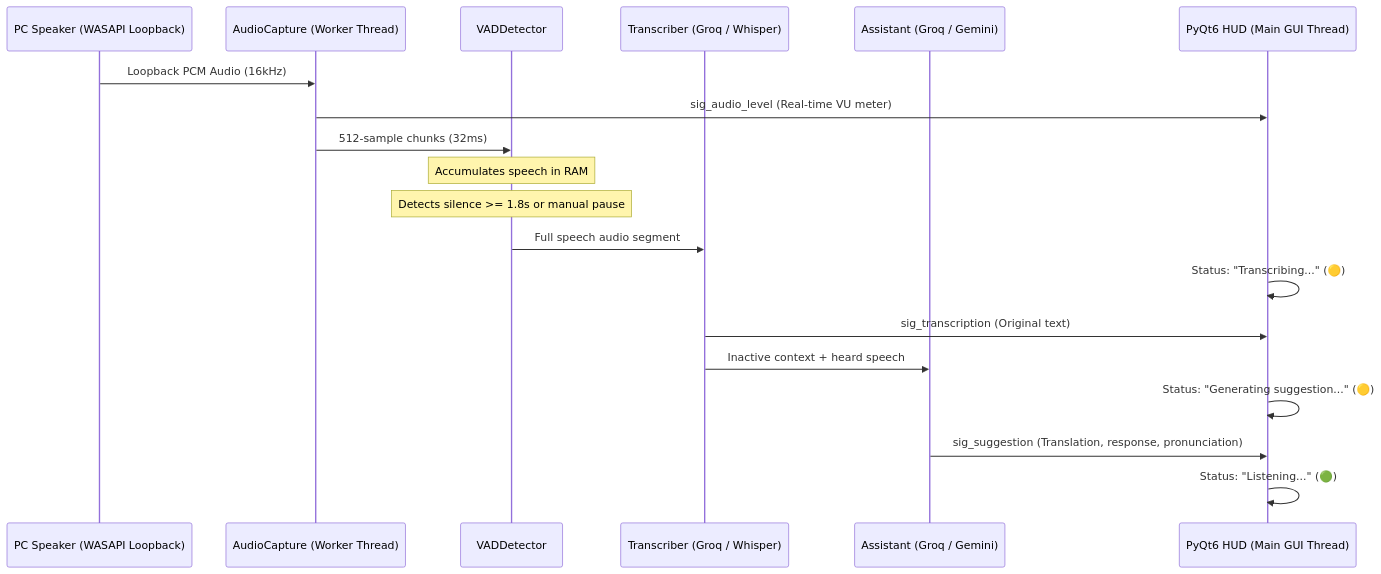
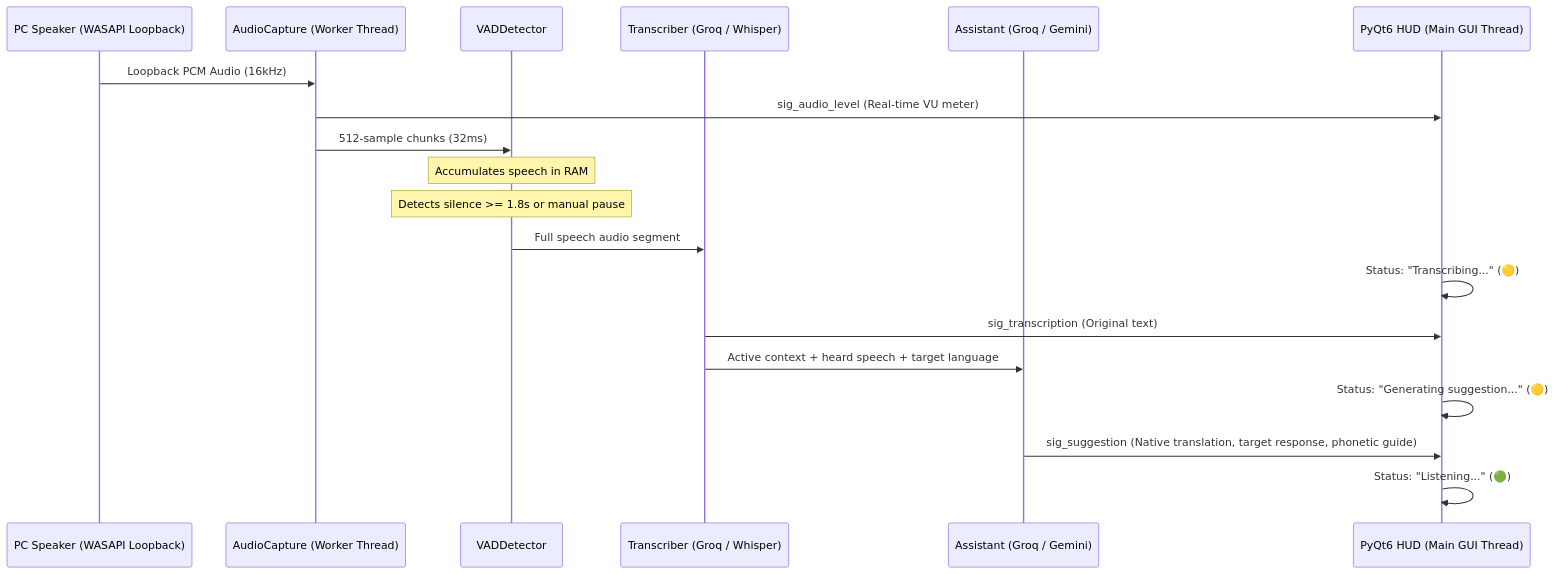
The diagram in README.md (Merc4x/LiveCopilot), drawn with Mermaid before and after one commit. The commit also changed other lines of this file and 5 other files, not shown here.

Commit message:
feat: add multilingual support with native language and live HUD response language switcher

````diff
--- a/README.md
+++ b/README.md
@@ -45,22 +47,22 @@
 ```mermaid
 sequenceDiagram
     participant Spk as PC Speaker (WASAPI Loopback)
     participant Cap as AudioCapture (Worker Thread)
     participant VAD as VADDetector
     participant STT as Transcriber (Groq / Whisper)
     participant LLM as Assistant (Groq / Gemini)
     participant UI as PyQt6 HUD (Main GUI Thread)
 
     Spk->>Cap: Loopback PCM Audio (16kHz)
     Cap->>UI: sig_audio_level (Real-time VU meter)
     Cap->>VAD: 512-sample chunks (32ms)
     Note over VAD: Accumulates speech in RAM
     Note over VAD: Detects silence >= 1.8s or manual pause
     VAD->>STT: Full speech audio segment
     UI->>UI: Status: "Transcribing..." (🟡)
     STT->>UI: sig_transcription (Original text)
-    STT->>LLM: Inactive context + heard speech
+    STT->>LLM: Active context + heard speech + target language
     UI->>UI: Status: "Generating suggestion..." (🟡)
-    LLM->>UI: sig_suggestion (Translation, response, pronunciation)
+    LLM->>UI: sig_suggestion (Native translation, target response, phonetic guide)
     UI->>UI: Status: "Listening..." (🟢)
 ```
````
